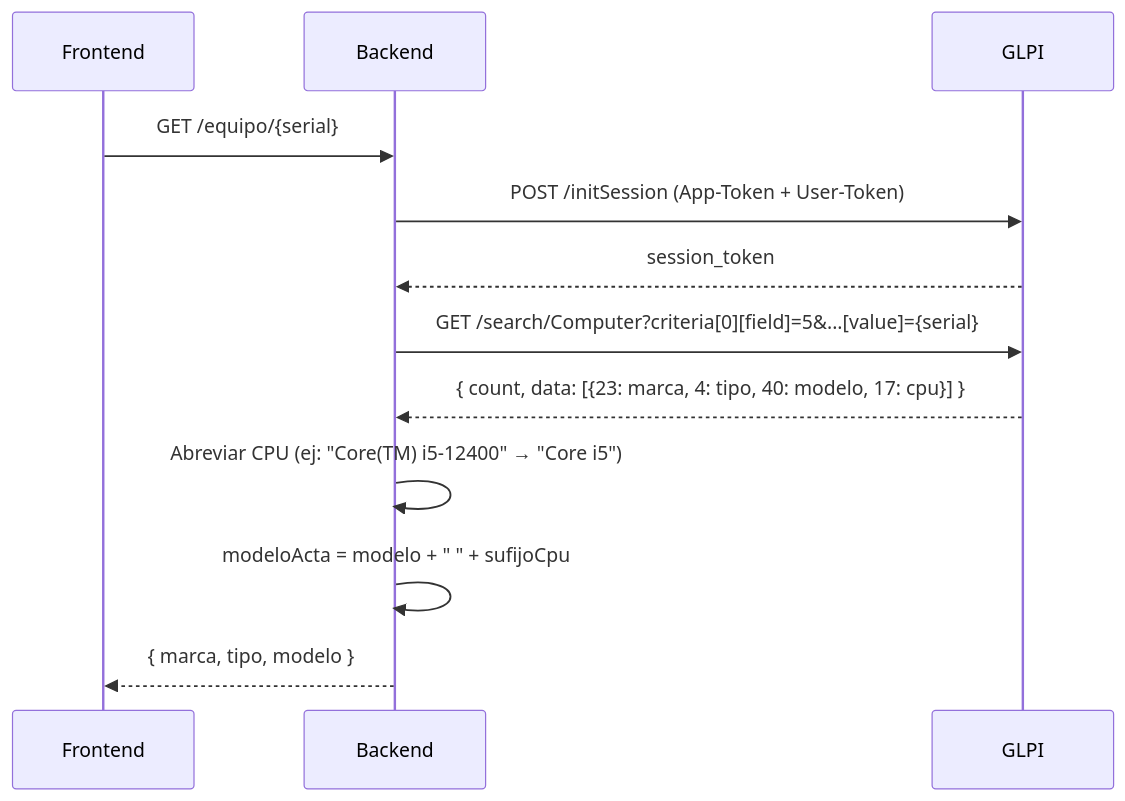
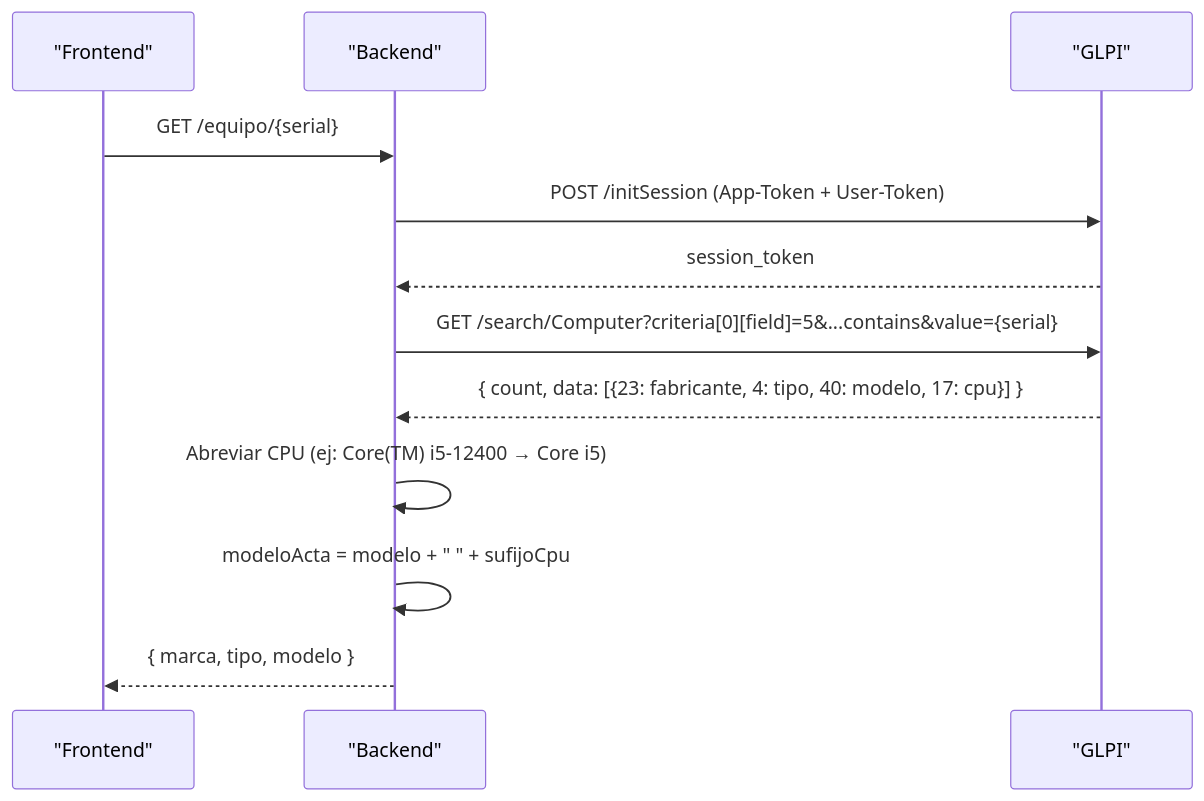
Before and after one commit to juanjosehc/actas-glpi: the fourth of 6 diagrams in ARQUITECTURA.md, drawn with Mermaid. The commit also changed other lines of this file and 11 other files, not shown here.

````diff
--- a/ARQUITECTURA.md
+++ b/ARQUITECTURA.md
@@ -215,15 +249,15 @@
 ```mermaid
 sequenceDiagram
-    participant U as Frontend
-    participant B as Backend
-    participant G as GLPI
+    participant U as "Frontend"
+    participant B as "Backend"
+    participant G as "GLPI"
 
     U->>B: GET /equipo/{serial}
     B->>G: POST /initSession (App-Token + User-Token)
     G-->>B: session_token
-    B->>G: GET /search/Computer?criteria[0][field]=5&...[value]={serial}
-    G-->>B: { count, data: [{23: marca, 4: tipo, 40: modelo, 17: cpu}] }
-    B->>B: Abreviar CPU (ej: "Core(TM) i5-12400" → "Core i5")
+    B->>G: GET /search/Computer?criteria[0][field]=5&...contains&value={serial}
+    G-->>B: { count, data: [{23: fabricante, 4: tipo, 40: modelo, 17: cpu}] }
+    B->>B: Abreviar CPU (ej: Core(TM) i5-12400 → Core i5)
     B->>B: modeloActa = modelo + " " + sufijoCpu
     B-->>U: { marca, tipo, modelo }
 ```
````
